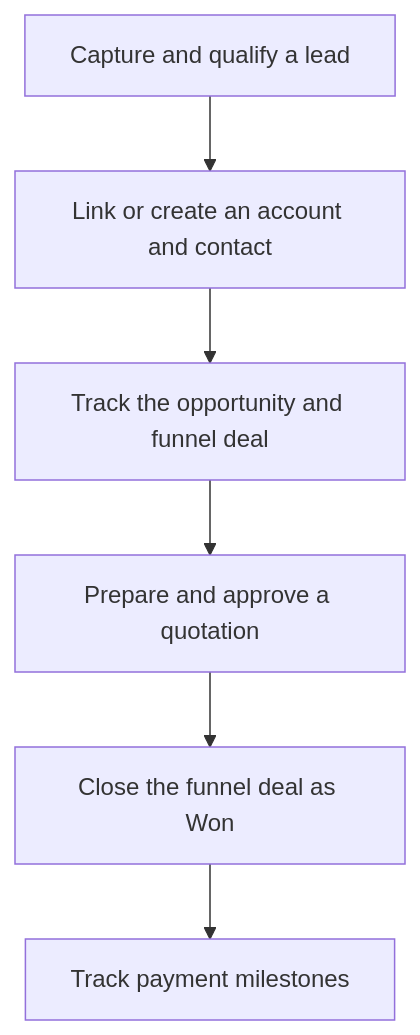
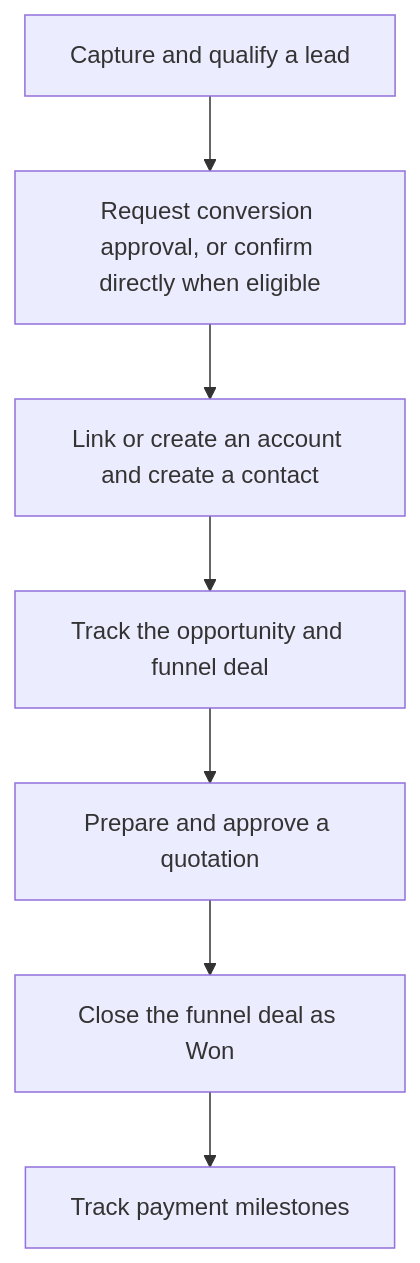
The diagram in docs/user-guide/README.md (Super-ERP/crm-v2), drawn with Mermaid before and after one commit. The commit also changed other lines of this file and 19 other files, not shown here.

````diff
--- a/docs/user-guide/README.md
+++ b/docs/user-guide/README.md
@@ -48,8 +48,9 @@
 ```mermaid
 flowchart TD
-    L["Capture and qualify a lead"] --> A["Link or create an account and contact"]
+    L["Capture and qualify a lead"] --> C["Request conversion approval, or confirm directly when eligible"]
+    C --> A["Link or create an account and create a contact"]
     A --> F["Track the opportunity and funnel deal"]
     F --> Q["Prepare and approve a quotation"]
     Q --> W["Close the funnel deal as Won"]
     W --> M["Track payment milestones"]
 ```
````
